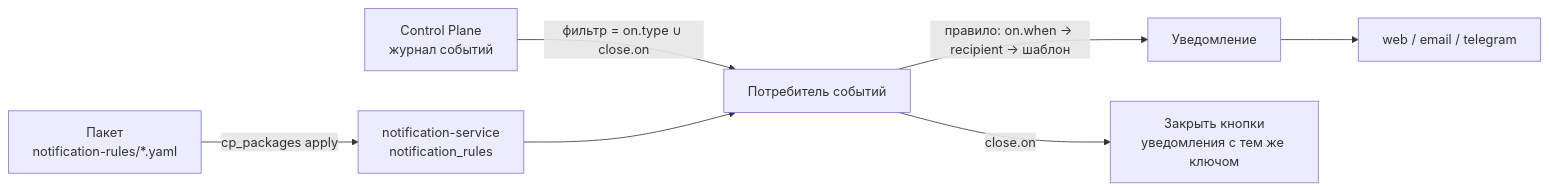
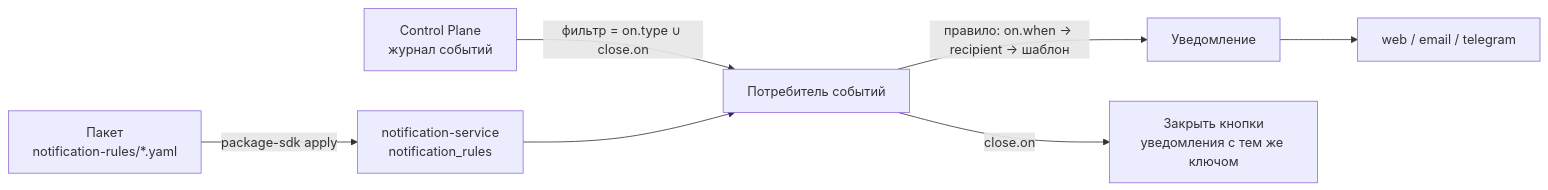
Before and after one commit to monthu56/taimen: the diagram in guide/docs/notifications/notification-rules.ru.md, drawn with Mermaid. The commit also changed other lines of this file and 112 other files, not shown here.

First line of the commit message:
guide: regenerated for the package SDK

````diff
--- a/guide/docs/notifications/notification-rules.ru.md
+++ b/guide/docs/notifications/notification-rules.ru.md
@@ -17,9 +17,9 @@
 ```mermaid
 flowchart LR
-    P["Пакет<br/>notification-rules/*.yaml"] -->|cp_packages apply| NS["notification-service<br/>notification_rules"]
+    P["Пакет<br/>notification-rules/*.yaml"] -->|package-sdk apply| NS["notification-service<br/>notification_rules"]
     CP["Control Plane<br/>журнал событий"] -->|"фильтр = on.type ∪ close.on"| C["Потребитель событий"]
     NS --> C
     C -->|"правило: on.when → recipient → шаблон"| N["Уведомление"]
     N --> W["web / email / telegram"]
     C -->|"close.on"| X["Закрыть кнопки<br/>уведомления с тем же ключом"]
 ```
````
